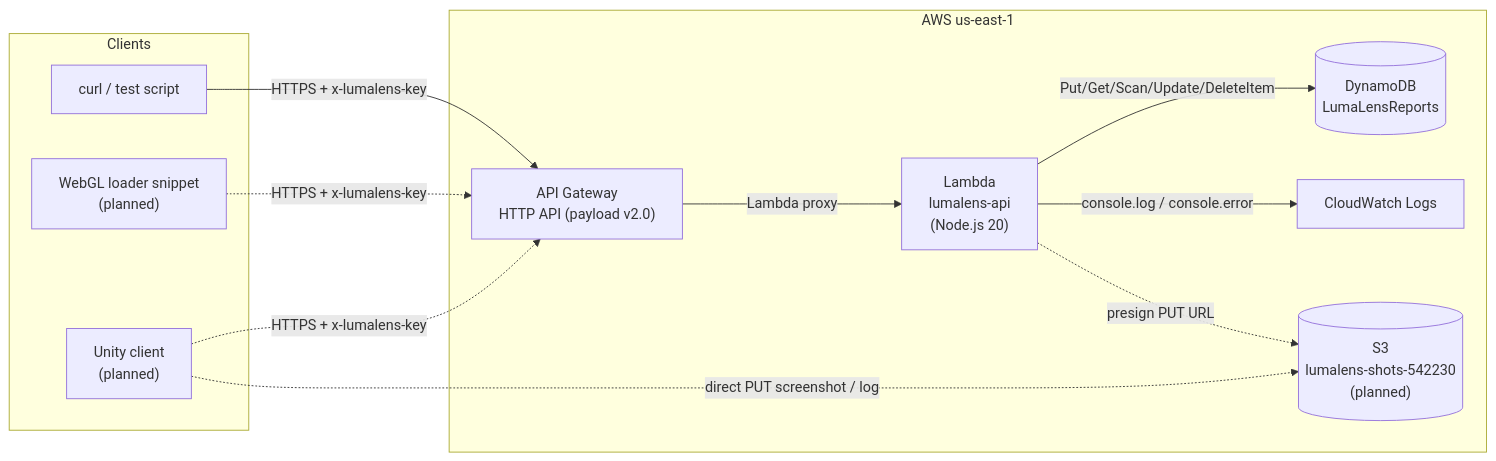
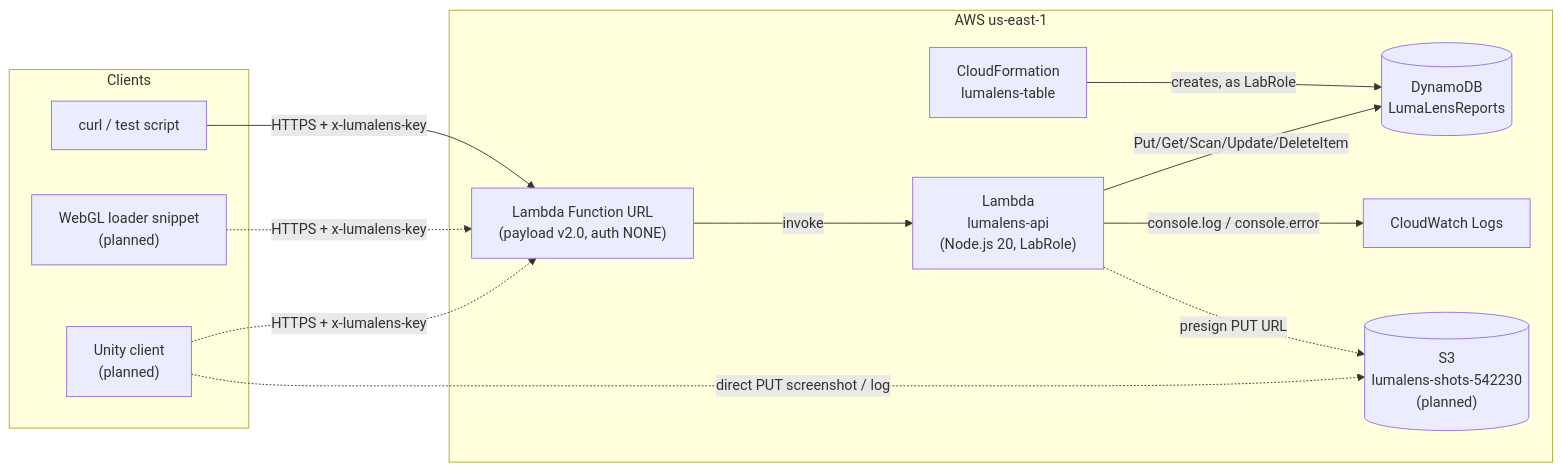
Before and after one commit to AkioAfif/LumaLens: the diagram in docs/architecture.md, drawn with Mermaid. The commit also changed other lines of this file and 11 other files, not shown here.

First line of the commit message:
docs: document sandbox deploy with Lambda Function URL

````diff
--- a/docs/architecture.md
+++ b/docs/architecture.md
@@ -7,25 +7,27 @@
 ```mermaid
 flowchart LR
     subgraph Clients
         CURL["curl / test script"]
         WEBGL["WebGL loader snippet<br/>(planned)"]
         UNITY["Unity client<br/>(planned)"]
     end
 
     subgraph AWS["AWS us-east-1"]
-        APIGW["API Gateway<br/>HTTP API (payload v2.0)"]
-        LAMBDA["Lambda<br/>lumalens-api<br/>(Node.js 20)"]
+        URL["Lambda Function URL<br/>(payload v2.0, auth NONE)"]
+        LAMBDA["Lambda<br/>lumalens-api<br/>(Node.js 20, LabRole)"]
         DDB[("DynamoDB<br/>LumaLensReports")]
+        CFN["CloudFormation<br/>lumalens-table"]
         CW["CloudWatch Logs"]
         S3[("S3<br/>lumalens-shots-542230<br/>(planned)")]
     end
 
-    CURL -->|HTTPS + x-lumalens-key| APIGW
-    WEBGL -.->|HTTPS + x-lumalens-key| APIGW
-    UNITY -.->|HTTPS + x-lumalens-key| APIGW
-    APIGW -->|Lambda proxy| LAMBDA
+    CURL -->|HTTPS + x-lumalens-key| URL
+    WEBGL -.->|HTTPS + x-lumalens-key| URL
+    UNITY -.->|HTTPS + x-lumalens-key| URL
+    URL -->|invoke| LAMBDA
+    CFN -->|creates, as LabRole| DDB
     LAMBDA -->|Put/Get/Scan/Update/DeleteItem| DDB
     LAMBDA -->|console.log / console.error| CW
     LAMBDA -.->|presign PUT URL| S3
     UNITY -.->|direct PUT screenshot / log| S3
 ```
````
